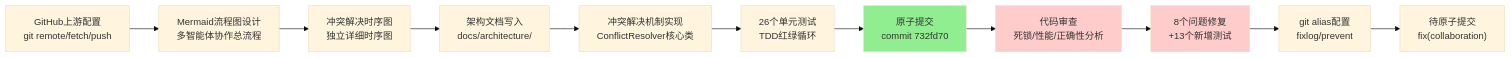
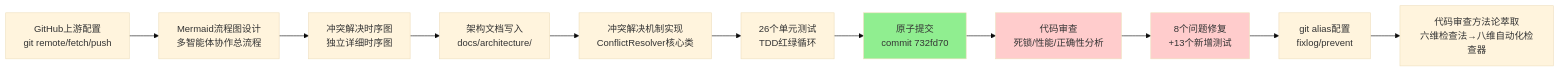
One commit to xinetzone/SpecWeave changed the diagram in docs/retrospective/reports/task-reports/retrospective-conflict-resolution-mechanism-20260708/retrospective-report.md. Above: the diagram before and after it, drawn with Mermaid (base theme). The commit also changed other lines of this file and 3 other files, not shown here.

````diff
--- a/docs/retrospective/reports/task-reports/retrospective-conflict-resolution-mechanism-20260708/retrospective-report.md
+++ b/docs/retrospective/reports/task-reports/retrospective-conflict-resolution-mechanism-20260708/retrospective-report.md
@@ -33,16 +37,16 @@
 ```mermaid
 flowchart LR
     A["GitHub上游配置<br/>git remote/fetch/push"] --> B["Mermaid流程图设计<br/>多智能体协作总流程"]
     B --> C["冲突解决时序图<br/>独立详细时序图"]
     C --> D["架构文档写入<br/>docs/architecture/"]
     D --> E["冲突解决机制实现<br/>ConflictResolver核心类"]
     E --> F["26个单元测试<br/>TDD红绿循环"]
     F --> G["原子提交<br/>commit 732fd70"]
     G --> H["代码审查<br/>死锁/性能/正确性分析"]
     H --> I["8个问题修复<br/>+13个新增测试"]
     I --> J["git alias配置<br/>fixlog/prevent"]
-    J --> K["待原子提交<br/>fix(collaboration)"]
+    J --> K["代码审查方法论萃取<br/>六维检查法→八维自动化检查器"]
     style G fill:#90EE90
     style H fill:#ffcccc
     style I fill:#ffcccc
 ```
````
